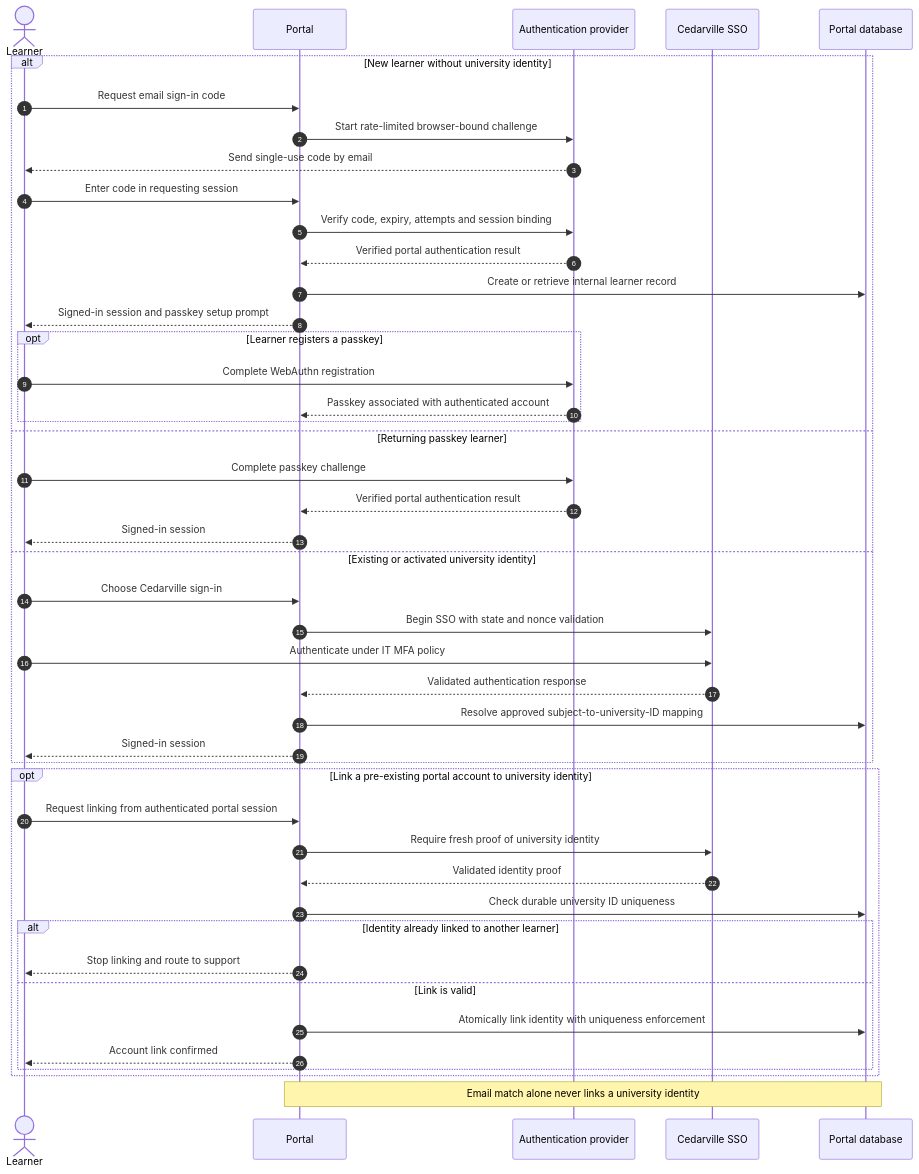
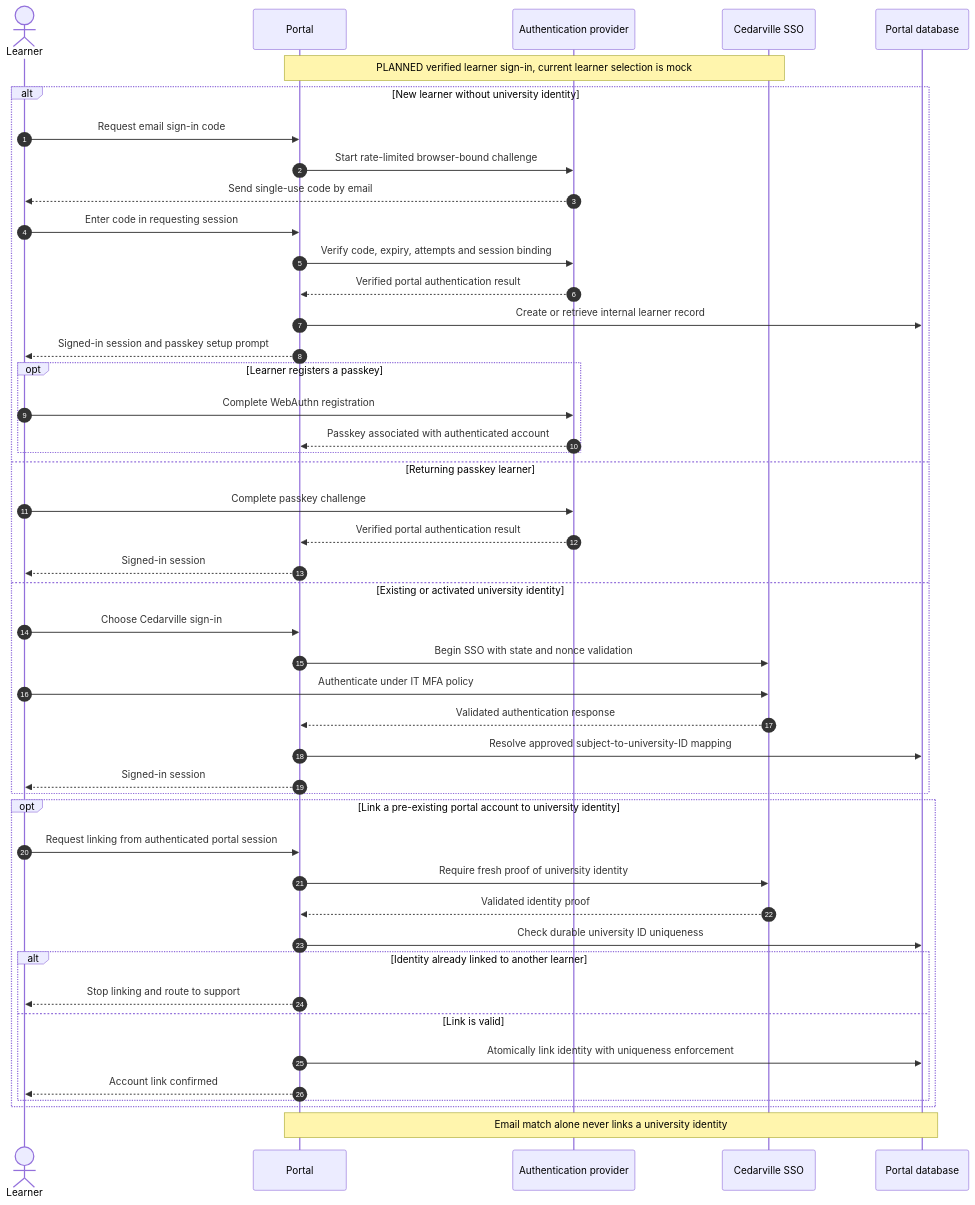
Before and after one commit to dr-grizz/Continuing-Education: the sixth of 14 diagrams in docs/implementation-plan.md, drawn with Mermaid. The commit also changed other lines of this file and 74 other files, not shown here.

````diff
--- a/docs/implementation-plan.md
+++ b/docs/implementation-plan.md
@@ -413,47 +562,48 @@
 ```mermaid
 sequenceDiagram
     autonumber
     actor Learner
     participant Portal
     participant Auth as Authentication provider
     participant SSO as Cedarville SSO
     participant DB as Portal database
+    Note over Portal,SSO: PLANNED verified learner sign-in, current learner selection is mock
     alt New learner without university identity
         Learner->>Portal: Request email sign-in code
         Portal->>Auth: Start rate-limited browser-bound challenge
         Auth-->>Learner: Send single-use code by email
         Learner->>Portal: Enter code in requesting session
         Portal->>Auth: Verify code, expiry, attempts and session binding
         Auth-->>Portal: Verified portal authentication result
         Portal->>DB: Create or retrieve internal learner record
         Portal-->>Learner: Signed-in session and passkey setup prompt
         opt Learner registers a passkey
             Learner->>Auth: Complete WebAuthn registration
             Auth-->>Portal: Passkey associated with authenticated account
         end
     else Returning passkey learner
         Learner->>Auth: Complete passkey challenge
         Auth-->>Portal: Verified portal authentication result
         Portal-->>Learner: Signed-in session
     else Existing or activated university identity
         Learner->>Portal: Choose Cedarville sign-in
         Portal->>SSO: Begin SSO with state and nonce validation
         Learner->>SSO: Authenticate under IT MFA policy
         SSO-->>Portal: Validated authentication response
         Portal->>DB: Resolve approved subject-to-university-ID mapping
         Portal-->>Learner: Signed-in session
     end
     opt Link a pre-existing portal account to university identity
         Learner->>Portal: Request linking from authenticated portal session
         Portal->>SSO: Require fresh proof of university identity
         SSO-->>Portal: Validated identity proof
         Portal->>DB: Check durable university ID uniqueness
         alt Identity already linked to another learner
             Portal-->>Learner: Stop linking and route to support
         else Link is valid
             Portal->>DB: Atomically link identity with uniqueness enforcement
             Portal-->>Learner: Account link confirmed
         end
     end
     Note over Portal,DB: Email match alone never links a university identity
 ```
````
